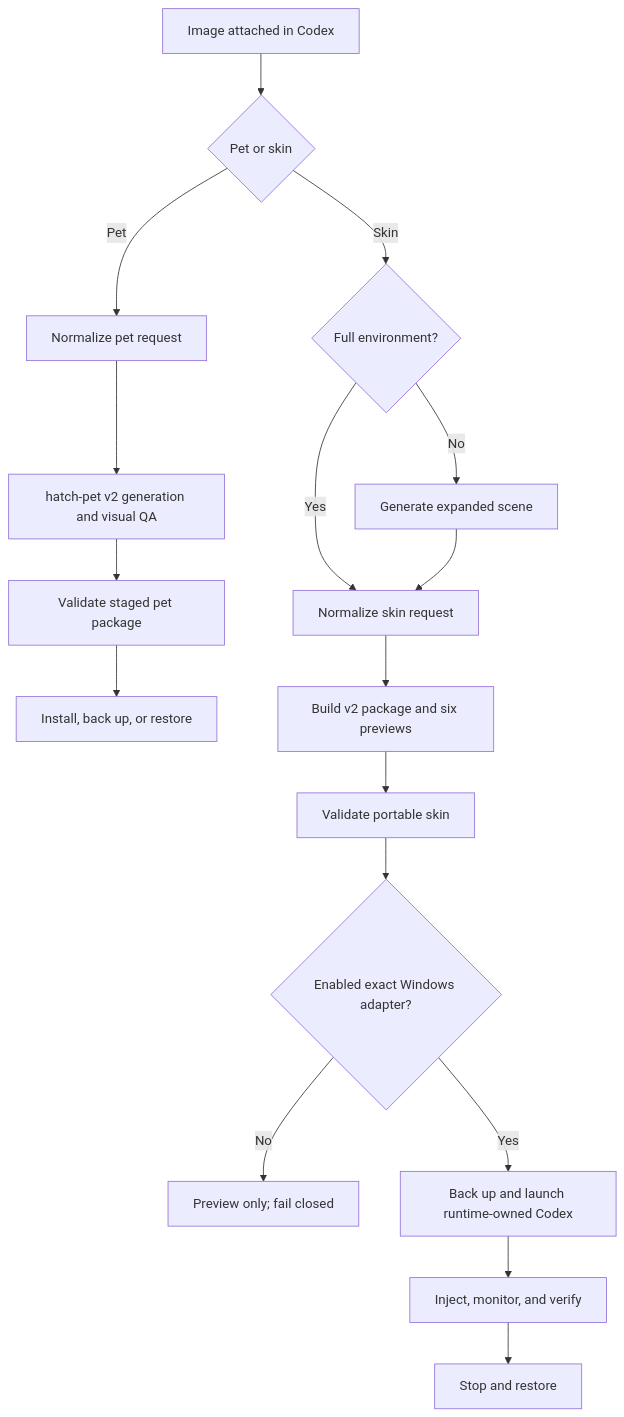
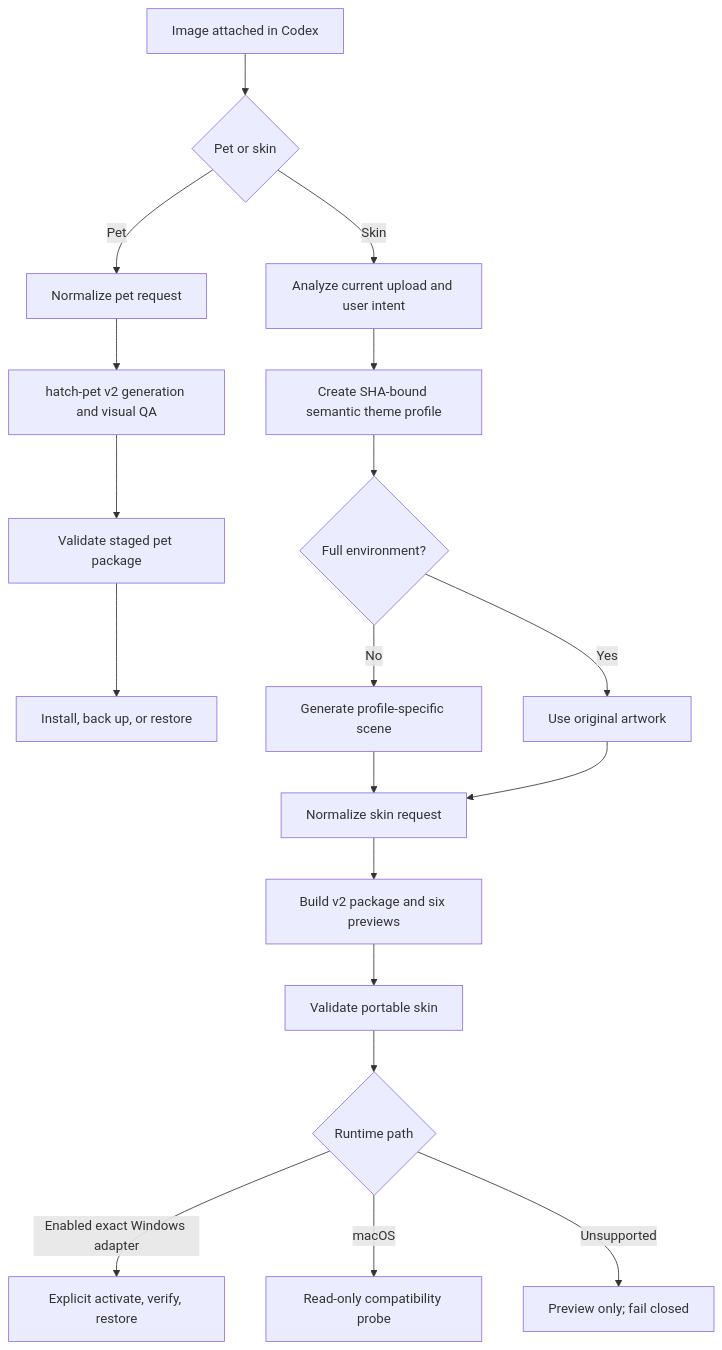
One commit to chromapaw/codex-chromapaw changed the diagram in docs/ARCHITECTURE.md. Above: the diagram before and after it, drawn with Mermaid. The commit also changed other lines of this file and 28 other files, not shown here.

Commit message:
feat: add semantic skins and macOS probe

````diff
--- a/docs/ARCHITECTURE.md
+++ b/docs/ARCHITECTURE.md
@@ -5,19 +5,21 @@
 ```mermaid
 flowchart TD
     A["Image attached in Codex"] --> B{"Pet or skin"}
     B -->|"Pet"| C["Normalize pet request"]
     C --> D["hatch-pet v2 generation and visual QA"]
     D --> E["Validate staged pet package"]
     E --> F["Install, back up, or restore"]
-    B -->|"Skin"| G{"Full environment?"}
-    G -->|"No"| H["Generate expanded scene"]
-    G -->|"Yes"| I["Normalize skin request"]
-    H --> I
-    I --> J["Build v2 package and six previews"]
-    J --> K["Validate portable skin"]
-    K --> L{"Enabled exact Windows adapter?"}
-    L -->|"No"| M["Preview only; fail closed"]
-    L -->|"Yes"| N["Back up and launch runtime-owned Codex"]
-    N --> O["Inject, monitor, and verify"]
-    O --> P["Stop and restore"]
+    B -->|"Skin"| G["Analyze current upload and user intent"]
+    G --> H["Create SHA-bound semantic theme profile"]
+    H --> I{"Full environment?"}
+    I -->|"No"| J["Generate profile-specific scene"]
+    I -->|"Yes"| K["Use original artwork"]
+    J --> L["Normalize skin request"]
+    K --> L
+    L --> M["Build v2 package and six previews"]
+    M --> N["Validate portable skin"]
+    N --> O{"Runtime path"}
+    O -->|"Enabled exact Windows adapter"| P["Explicit activate, verify, restore"]
+    O -->|"macOS"| Q["Read-only compatibility probe"]
+    O -->|"Unsupported"| R["Preview only; fail closed"]
 ```
````
